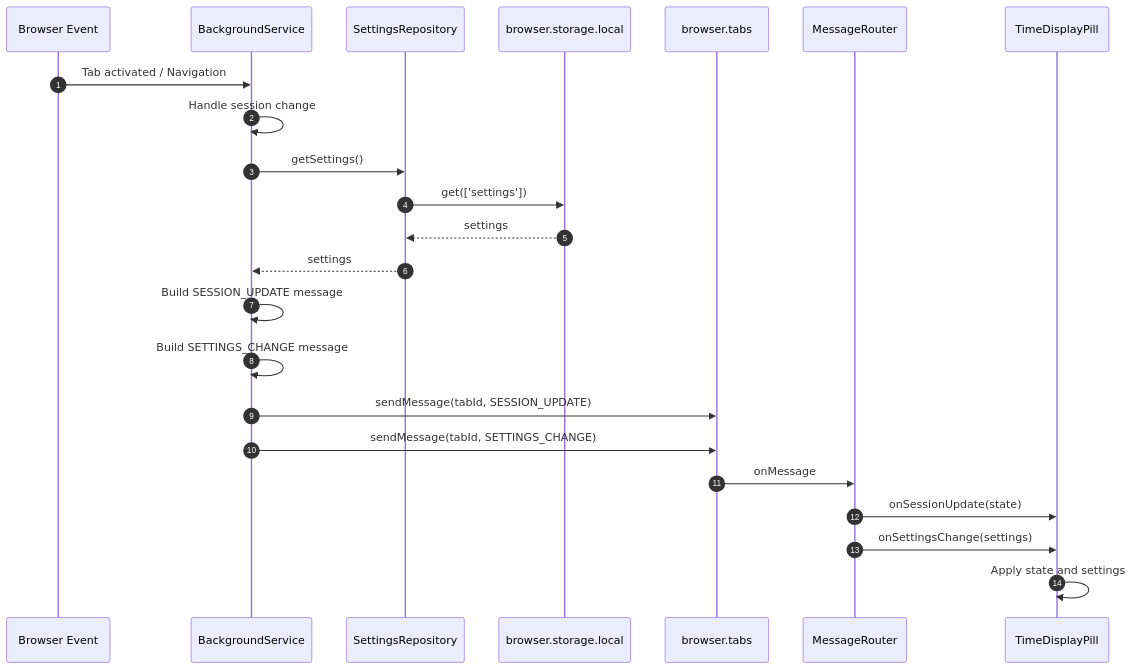
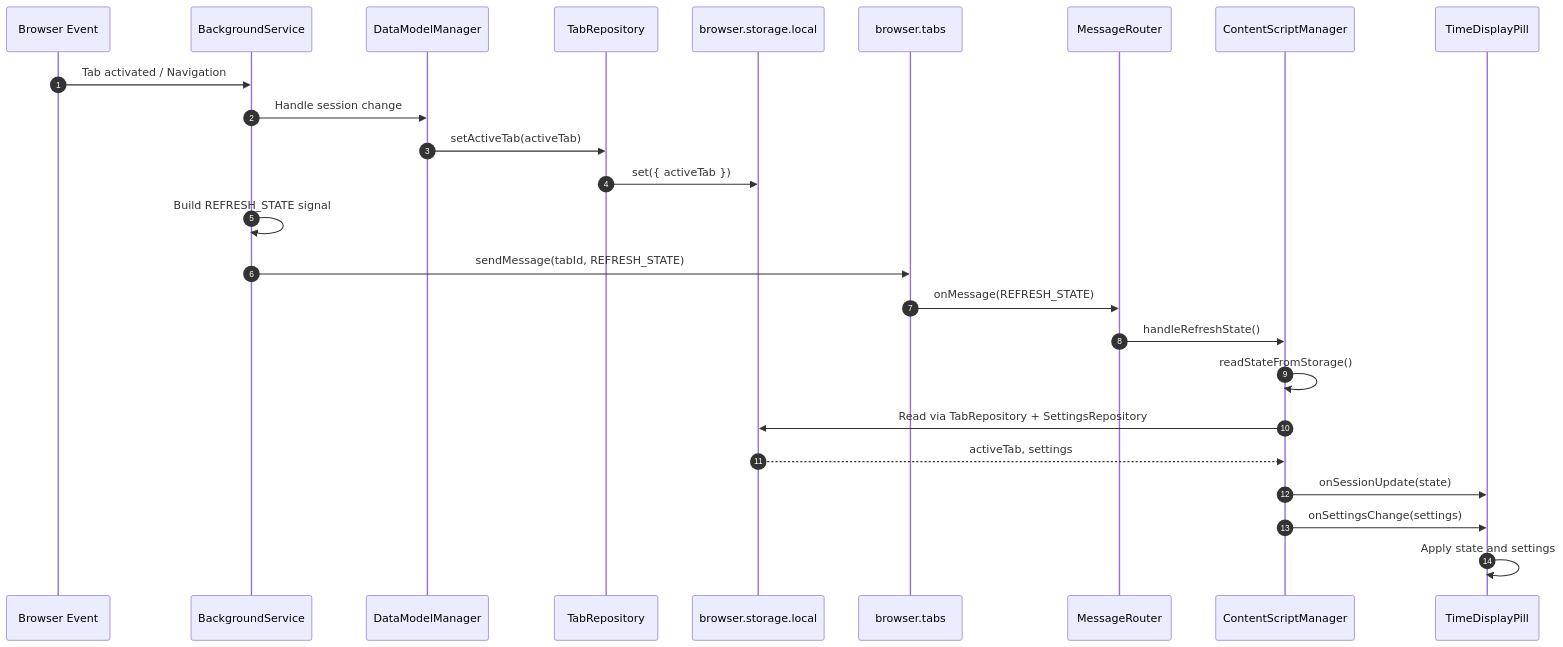
One commit to JayDosunmu/web-time-tracker changed the eighth of 11 diagrams in docs/architecture-sequences.md. Above: the diagram before and after it, drawn with Mermaid. The commit also changed other lines of this file and 4 other files, not shown here.

Commit message:
Update architecture documentation

````diff
--- a/docs/architecture-sequences.md
+++ b/docs/architecture-sequences.md
@@ -412,27 +411,29 @@
 ```mermaid
 sequenceDiagram
     autonumber
     participant Browser as Browser Event
     participant BS as BackgroundService
-    participant SR as SettingsRepository
+    participant DMM as DataModelManager
+    participant TR as TabRepository
     participant Storage as browser.storage.local
     participant Tabs as browser.tabs
     participant MR as MessageRouter
+    participant CSM as ContentScriptManager
     participant TDP as TimeDisplayPill
 
     Browser->>BS: Tab activated / Navigation
-    BS->>BS: Handle session change
-    BS->>SR: getSettings()
-    SR->>Storage: get(['settings'])
-    Storage-->>SR: settings
-    SR-->>BS: settings
+    BS->>DMM: Handle session change
+    DMM->>TR: setActiveTab(activeTab)
+    TR->>Storage: set({ activeTab })
 
-    BS->>BS: Build SESSION_UPDATE message
-    BS->>BS: Build SETTINGS_CHANGE message
-    BS->>Tabs: sendMessage(tabId, SESSION_UPDATE)
-    BS->>Tabs: sendMessage(tabId, SETTINGS_CHANGE)
-    Tabs->>MR: onMessage
-    MR->>TDP: onSessionUpdate(state)
-    MR->>TDP: onSettingsChange(settings)
+    BS->>BS: Build REFRESH_STATE signal
+    BS->>Tabs: sendMessage(tabId, REFRESH_STATE)
+    Tabs->>MR: onMessage(REFRESH_STATE)
+    MR->>CSM: handleRefreshState()
+    CSM->>CSM: readStateFromStorage()
+    CSM->>Storage: Read via TabRepository + SettingsRepository
+    Storage-->>CSM: activeTab, settings
+    CSM->>TDP: onSessionUpdate(state)
+    CSM->>TDP: onSettingsChange(settings)
     TDP->>TDP: Apply state and settings
 ```
````
